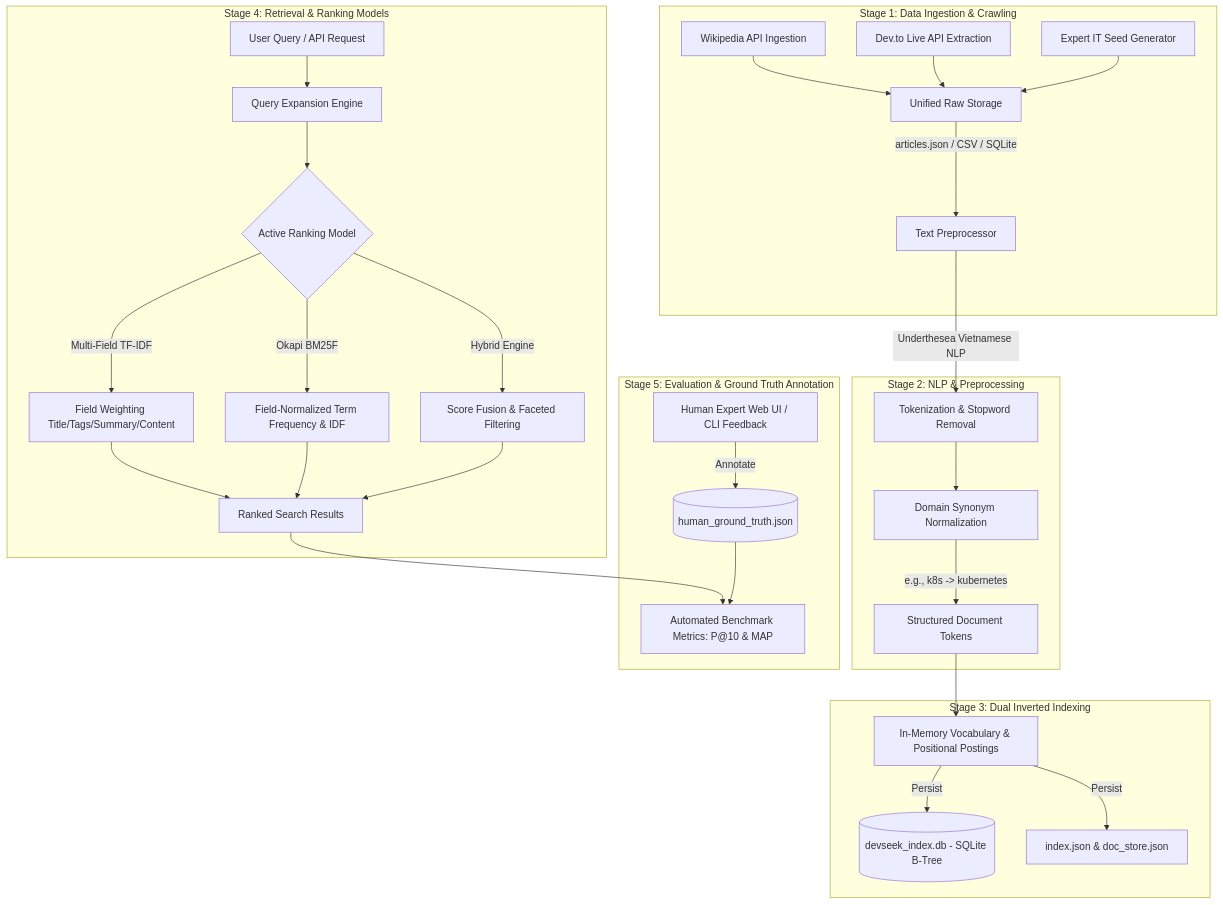
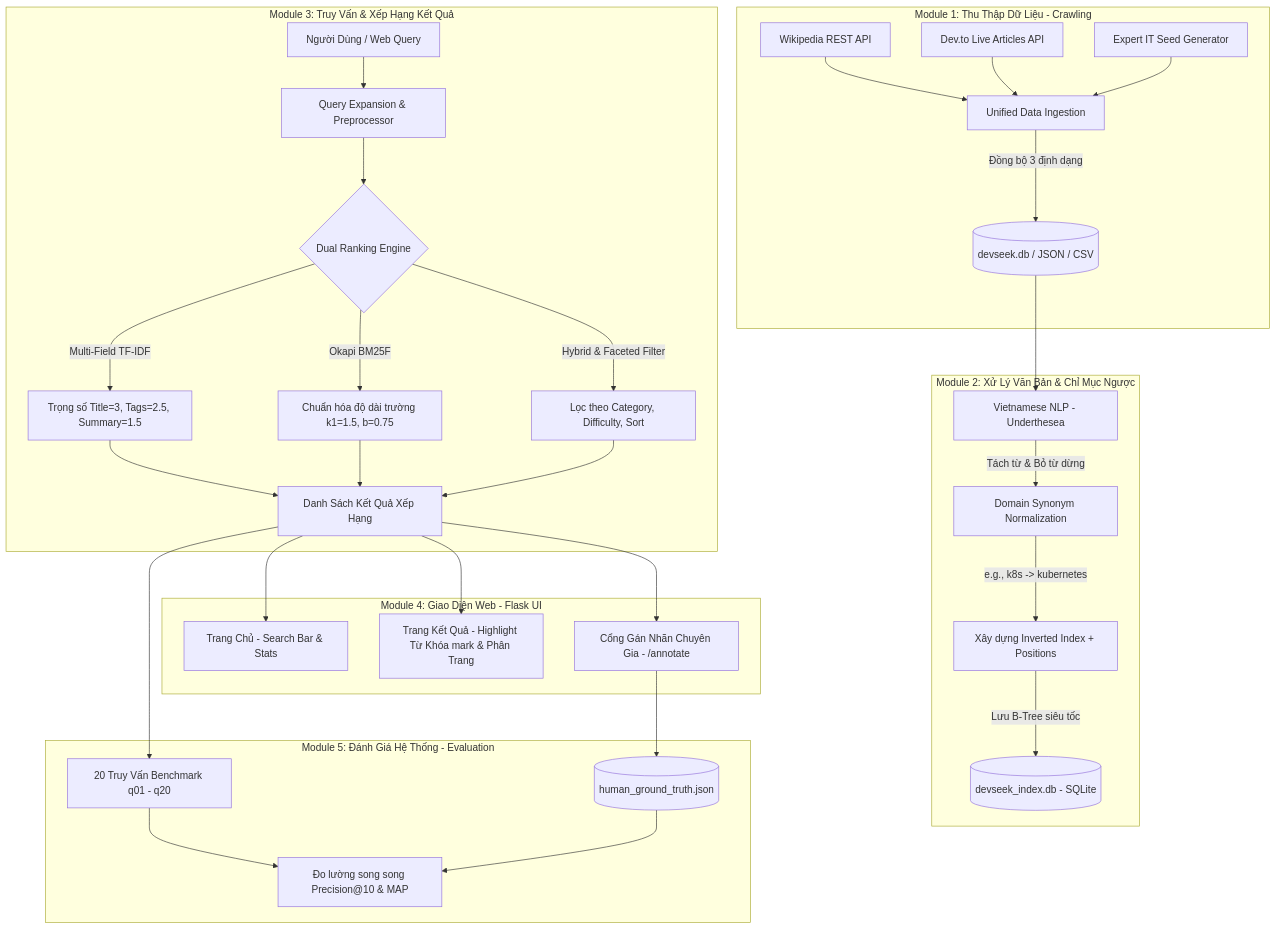
The diagram in README.md (nhanhqq/seg_final), drawn with Mermaid before and after one commit. The commit also changed other lines of this file and 1 other file, not shown here.

````diff
--- a/README.md
+++ b/README.md
@@ -24,38 +55,40 @@
 ```mermaid
 graph TD
-    subgraph Stage 1: Data Ingestion & Crawling
-        A1[Wikipedia API Ingestion] --> B[Unified Raw Storage]
-        A2[Dev.to Live API Extraction] --> B
+    subgraph Module 1: Thu Thập Dữ Liệu - Crawling
+        A1[Wikipedia REST API] --> B[Unified Data Ingestion]
+        A2[Dev.to Live Articles API] --> B
         A3[Expert IT Seed Generator] --> B
-        B -->|articles.json / CSV / SQLite| C[Text Preprocessor]
+        B -->|Đồng bộ 3 định dạng| C[(devseek.db / JSON / CSV)]
     end
 
-    subgraph Stage 2: NLP & Preprocessing
-        C -->|Underthesea Vietnamese NLP| D1[Tokenization & Stopword Removal]
-        D1 --> D2[Domain Synonym Normalization]
-        D2 -->|e.g., k8s -> kubernetes| E[Structured Document Tokens]
+    subgraph Module 2: Xử Lý Văn Bản & Chỉ Mục Ngược
+        C --> D[Vietnamese NLP - Underthesea]
+        D -->|Tách từ & Bỏ từ dừng| E[Domain Synonym Normalization]
+        E -->|e.g., k8s -> kubernetes| F[Xây dựng Inverted Index + Positions]
+        F -->|Lưu B-Tree siêu tốc| G[(devseek_index.db - SQLite)]
     end
 
-    subgraph Stage 3: Dual Inverted Indexing
-        E --> F1[In-Memory Vocabulary & Positional Postings]
-        F1 -->|Persist| F2[(devseek_index.db - SQLite B-Tree)]
-        F1 -->|Persist| F3[index.json & doc_store.json]
+    subgraph Module 3: Truy Vấn & Xếp Hạng Kết Quả
+        H[Người Dùng / Web Query] --> I[Query Expansion & Preprocessor]
+        I --> J{Dual Ranking Engine}
+        J -->|Multi-Field TF-IDF| K1[Trọng số Title=3, Tags=2.5, Summary=1.5]
+        J -->|Okapi BM25F| K2[Chuẩn hóa độ dài trường k1=1.5, b=0.75]
+        J -->|Hybrid & Faceted Filter| K3[Lọc theo Category, Difficulty, Sort]
+        K1 --> L[Danh Sách Kết Quả Xếp Hạng]
+        K2 --> L
+        K3 --> L
     end
 
-    subgraph Stage 4: Retrieval & Ranking Models
-        G[User Query / API Request] --> H[Query Expansion Engine]
-        H --> I{Active Ranking Model}
-        I -->|Multi-Field TF-IDF| J1[Field Weighting Title/Tags/Summary/Content]
-        I -->|Okapi BM25F| J2[Field-Normalized Term Frequency & IDF]
-        I -->|Hybrid Engine| J3[Score Fusion & Faceted Filtering]
-        J1 --> K[Ranked Search Results]
-        J2 --> K
-        J3 --> K
+    subgraph Module 4: Giao Diện Web - Flask UI
+        L --> M1[Trang Chủ - Search Bar & Stats]
+        L --> M2[Trang Kết Quả - Highlight Từ Khóa mark & Phân Trang]
+        L --> M3[Cổng Gán Nhãn Chuyên Gia - /annotate]
     end
 
-    subgraph Stage 5: Evaluation & Ground Truth Annotation
-        K --> L1[Automated Benchmark Metrics: P@10 & MAP]
-        L2[Human Expert Web UI / CLI Feedback] -->|Annotate| L3[(human_ground_truth.json)]
-        L3 --> L1
+    subgraph Module 5: Đánh Giá Hệ Thống - Evaluation
+        M3 --> N[(human_ground_truth.json)]
+        L --> O[20 Truy Vấn Benchmark q01 - q20]
+        O --> P[Đo lường song song Precision@10 & MAP]
+        N --> P
     end
 ```
````
